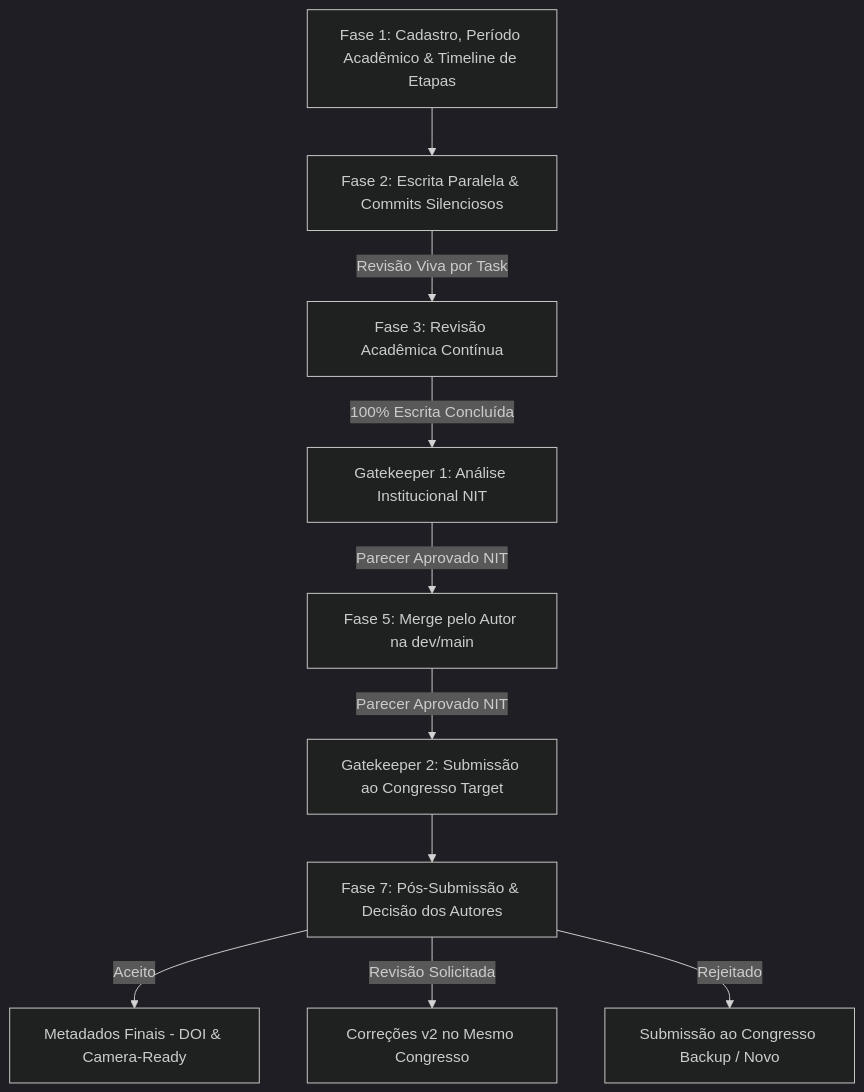
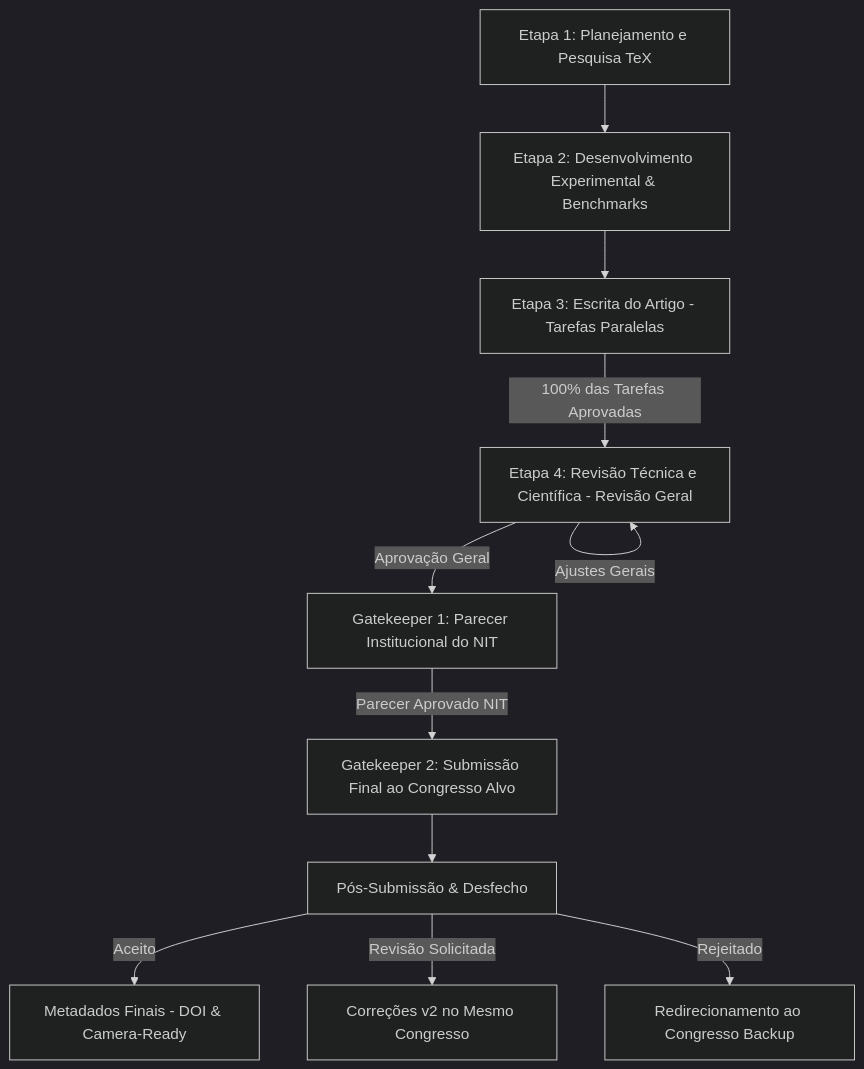
One commit to Digital-Analytics-Apps/sci-latex-vscode-ai changed the second of 2 diagrams in docs/planning/PRD.md. Above: the diagram before and after it, drawn with Mermaid (dark theme). The commit also changed other lines of this file and 42 other files, not shown here.

````diff
--- a/docs/planning/PRD.md
+++ b/docs/planning/PRD.md
@@ -48,13 +48,14 @@
 ```mermaid
 graph TD
-    F1[Fase 1: Cadastro, Período Acadêmico & Timeline de Etapas] --> F2[Fase 2: Escrita Paralela & Commits Silenciosos]
-    F2 -->|Revisão Viva por Task| F3[Fase 3: Revisão Acadêmica Contínua]
-    F3 -->|100% Escrita Concluída| F4[Gatekeeper 1: Análise Institucional NIT]
-    F4 -->|Parecer Aprovado NIT| F5[Fase 5: Merge pelo Autor na dev/main]
-    F5 -->|Parecer Aprovado NIT| F6[Gatekeeper 2: Submissão ao Congresso Target]
-    F6 --> F7[Fase 7: Pós-Submissão & Decisão dos Autores]
+    E1[Etapa 1: Planejamento e Pesquisa TeX] --> E2[Etapa 2: Desenvolvimento Experimental & Benchmarks]
+    E2 --> E3[Etapa 3: Escrita do Artigo - Tarefas Paralelas]
+    E3 -->|100% das Tarefas Aprovadas| E4[Etapa 4: Revisão Técnica e Científica - Revisão Geral]
+    E4 -->|Ajustes Gerais| E4
+    E4 -->|Aprovação Geral| E5[Gatekeeper 1: Parecer Institucional do NIT]
+    E5 -->|Parecer Aprovado NIT| E6[Gatekeeper 2: Submissão Final ao Congresso Alvo]
+    E6 --> PostSub[Pós-Submissão & Desfecho]
     
-    F7 -->|Aceito| C1[Metadados Finais - DOI & Camera-Ready]
-    F7 -->|Revisão Solicitada| C2[Correções v2 no Mesmo Congresso]
-    F7 -->|Rejeitado| C3[Submissão ao Congresso Backup / Novo]
+    PostSub -->|Aceito| C1[Metadados Finais - DOI & Camera-Ready]
+    PostSub -->|Revisão Solicitada| C2[Correções v2 no Mesmo Congresso]
+    PostSub -->|Rejeitado| C3[Redirecionamento ao Congresso Backup]
 ```
````
